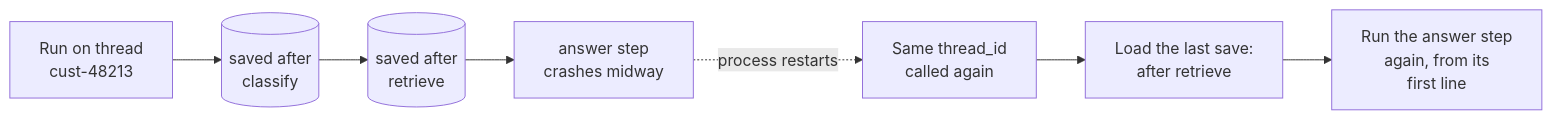
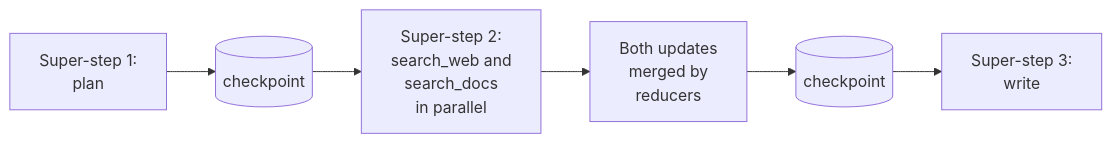
The third of 8 diagrams in src/Data/aiStackDocs/CH-06.md (shubamchaudhary/CodeNITW), drawn with Mermaid before and after one commit. The commit also changed other lines of this file and 52 other files, not shown here.

````diff
--- a/src/Data/aiStackDocs/CH-06.md
+++ b/src/Data/aiStackDocs/CH-06.md
@@ -31,9 +82,8 @@
 ```mermaid
 flowchart LR
-    R1["Run on thread<br/>cust-48213"] --> CP1[("saved after<br/>classify")]
-    CP1 --> CP2[("saved after<br/>retrieve")]
-    CP2 --> X["answer step<br/>crashes midway"]
-    X -.->|"process restarts"| RS["Same thread_id<br/>called again"]
-    RS --> LD["Load the last save:<br/>after retrieve"]
-    LD --> RA["Run the answer step<br/>again, from its<br/>first line"]
+    SS1["Super-step 1:<br/>plan"] --> CK1[("checkpoint")]
+    CK1 --> SS2["Super-step 2:<br/>search_web and<br/>search_docs<br/>in parallel"]
+    SS2 --> MG["Both updates<br/>merged by<br/>reducers"]
+    MG --> CK2[("checkpoint")]
+    CK2 --> SS3["Super-step 3:<br/>write"]
 ```
````
